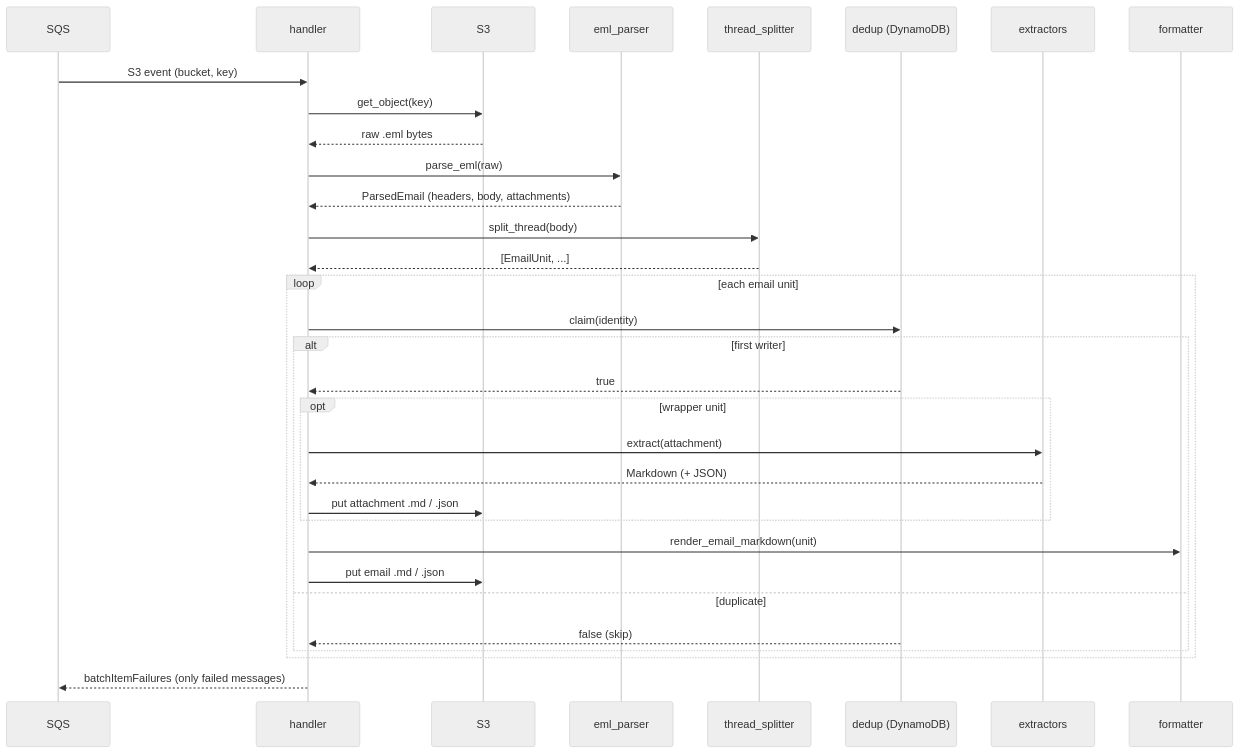
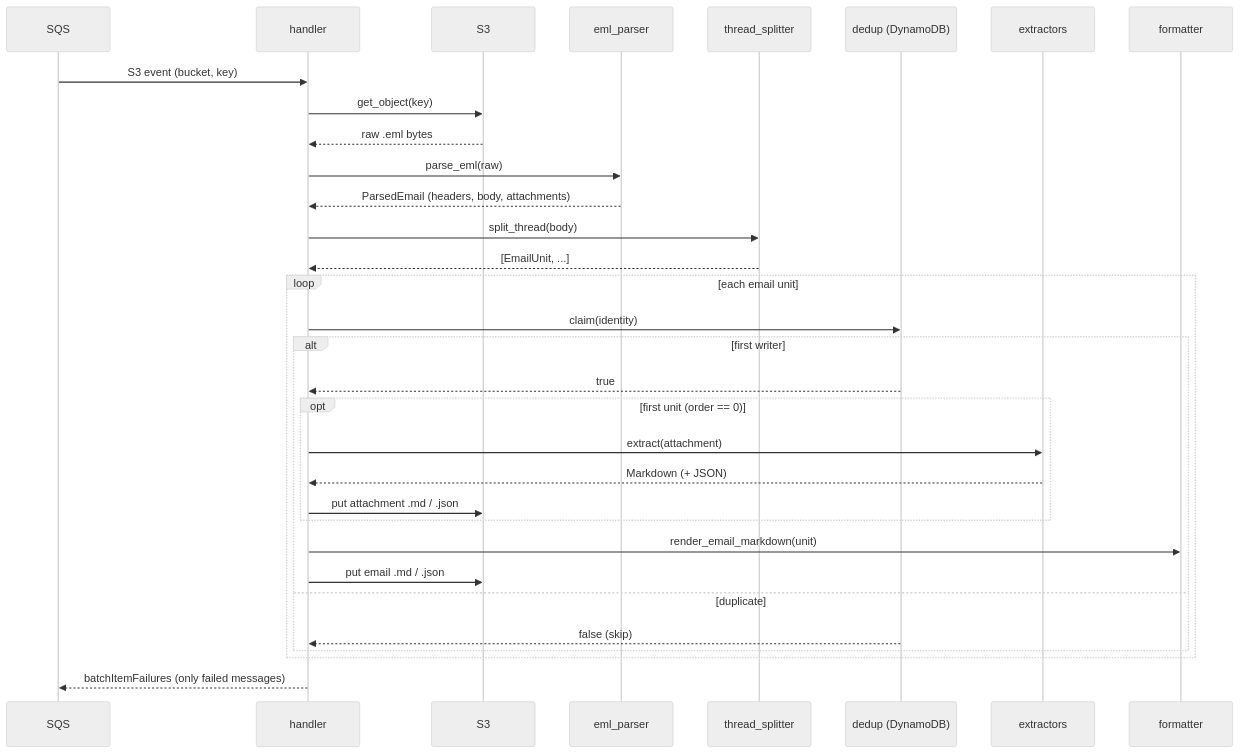
One commit to sonalicent/cig-email-vault changed the second of 2 diagrams in data-pipeline/docs/architecture.md. Above: the diagram before and after it, drawn with Mermaid (neutral theme). The commit also changed other lines of this file and 13 other files, not shown here.

````diff
--- a/data-pipeline/docs/architecture.md
+++ b/data-pipeline/docs/architecture.md
@@ -74,35 +84,35 @@
 ```mermaid
 sequenceDiagram
     participant SQS
     participant H as handler
     participant S3
     participant P as eml_parser
     participant T as thread_splitter
     participant D as dedup (DynamoDB)
     participant X as extractors
     participant F as formatter
 
     SQS->>H: S3 event (bucket, key)
     H->>S3: get_object(key)
     S3-->>H: raw .eml bytes
     H->>P: parse_eml(raw)
     P-->>H: ParsedEmail (headers, body, attachments)
     H->>T: split_thread(body)
     T-->>H: [EmailUnit, ...]
     loop each email unit
         H->>D: claim(identity)
         alt first writer
             D-->>H: true
-            opt wrapper unit
+            opt first unit (order == 0)
                 H->>X: extract(attachment)
                 X-->>H: Markdown (+ JSON)
                 H->>S3: put attachment .md / .json
             end
             H->>F: render_email_markdown(unit)
             H->>S3: put email .md / .json
         else duplicate
             D-->>H: false (skip)
         end
     end
     H-->>SQS: batchItemFailures (only failed messages)
 ```
````
